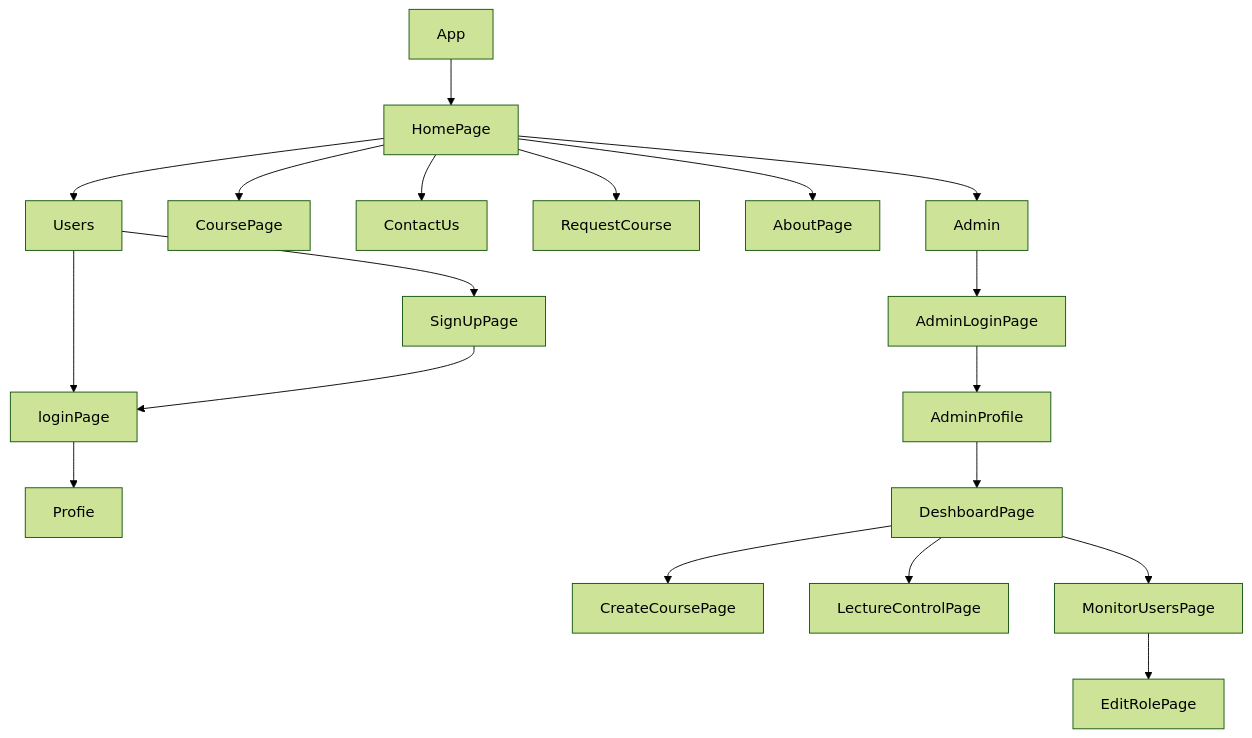
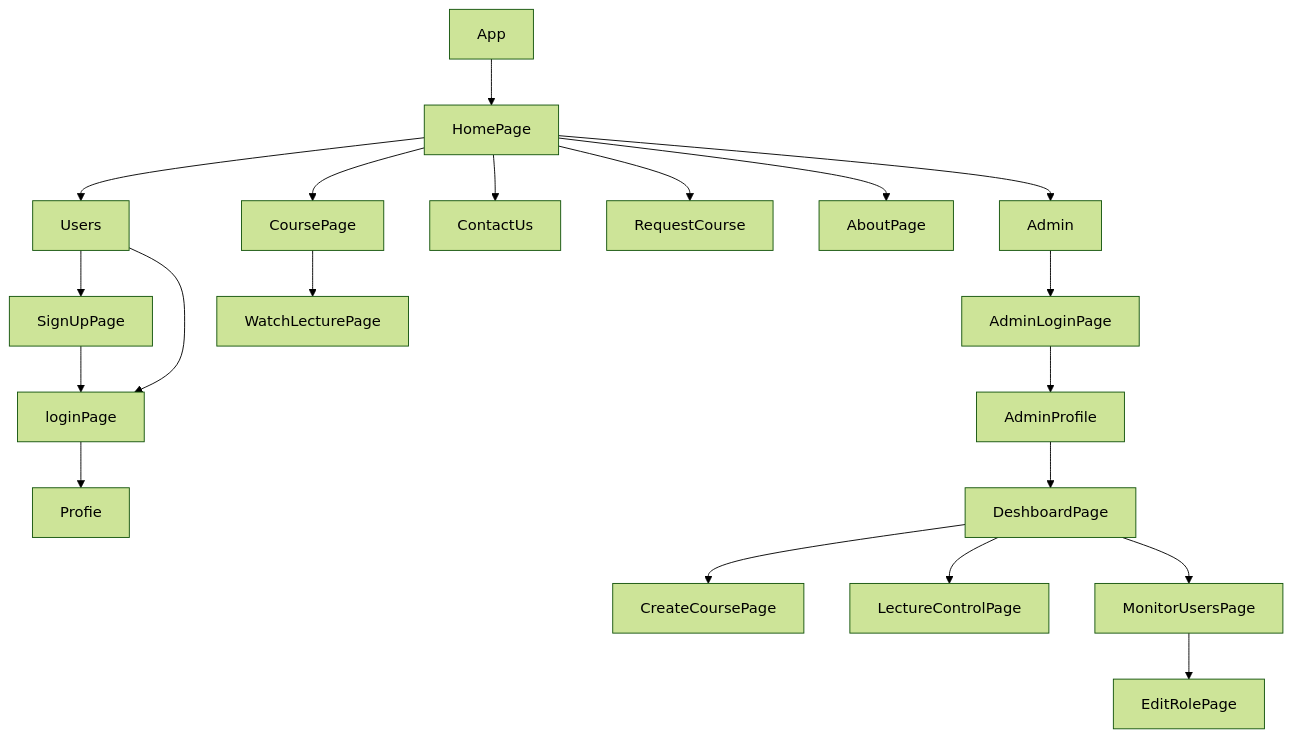
One commit to mrprincesingh/courseappfrontend changed the diagram in README.md. Above: the diagram before and after it, drawn with Mermaid (forest theme).

````diff
--- a/README.md
+++ b/README.md
@@ -150,22 +150,23 @@
 ```mermaid
 graph TD;
     App-->HomePage
     HomePage-->Users;
     Users-->SignUpPage;
     Users-->loginPage;
       SignUpPage-->loginPage;
        loginPage-->Profie;
  HomePage --> CoursePage
+CoursePage--> WatchLecturePage
  HomePage --> ContactUs
  HomePage --> RequestCourse
  HomePage --> AboutPage
        HomePage --> Admin
        Admin --> AdminLoginPage
        AdminLoginPage--> AdminProfile
       AdminProfile--> DeshboardPage
        DeshboardPage-->CreateCoursePage
        DeshboardPage--> LectureControlPage
        DeshboardPage--> MonitorUsersPage
        MonitorUsersPage--> EditRolePage
      
 ```
````
